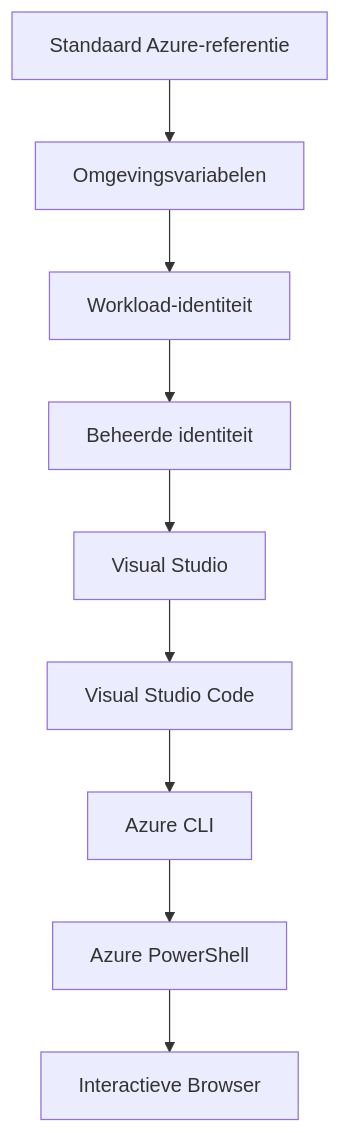
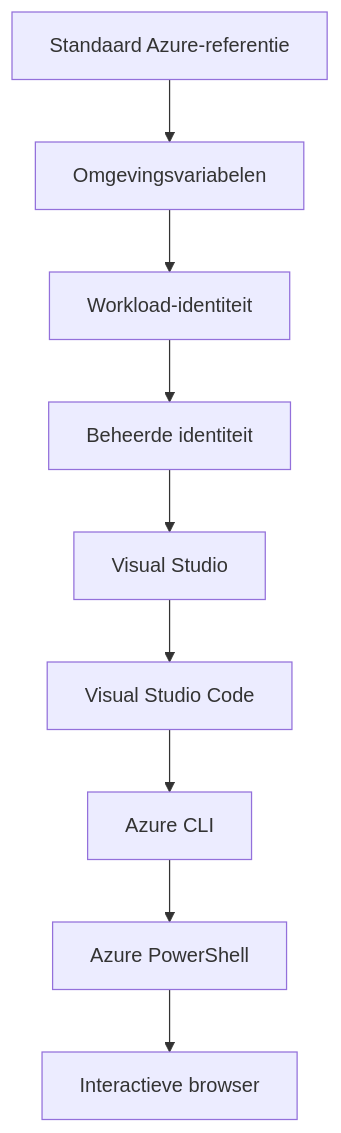
One commit to microsoft/AZD-for-beginners changed the second of 2 diagrams in translations/nl/docs/chapter-01-foundation/azd-basics.md. Above: the diagram before and after it, drawn with Mermaid. The commit also changed other lines of this file and 101 other files, not shown here.

````diff
--- a/translations/nl/docs/chapter-01-foundation/azd-basics.md
+++ b/translations/nl/docs/chapter-01-foundation/azd-basics.md
@@ -593,11 +593,11 @@
 ```mermaid
 graph TD
     A[Standaard Azure-referentie] --> B[Omgevingsvariabelen]
     B --> C[Workload-identiteit]
     C --> D[Beheerde identiteit]
     D --> E[Visual Studio]
     E --> F[Visual Studio Code]
     F --> G[Azure CLI]
     G --> H[Azure PowerShell]
-    H --> I[Interactieve Browser]
+    H --> I[Interactieve browser]
 ```
````
